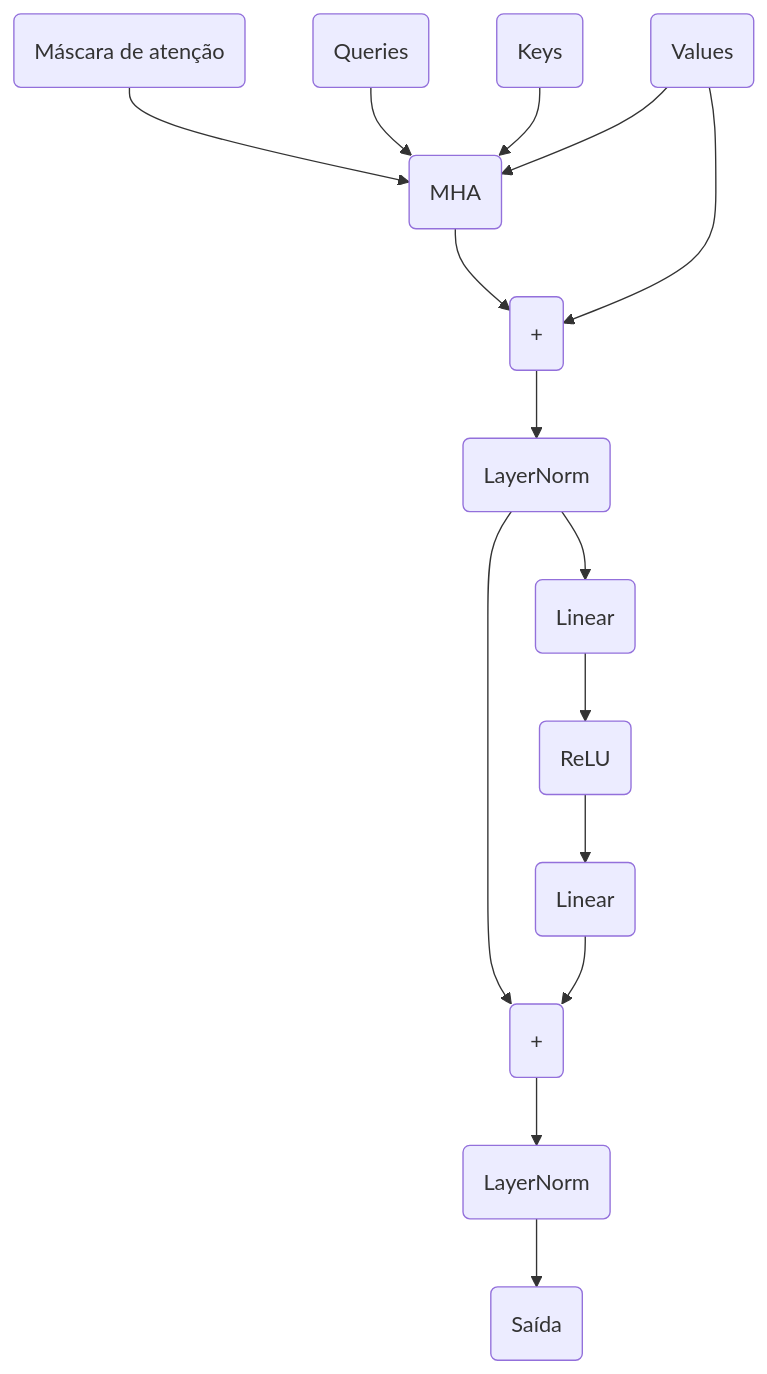
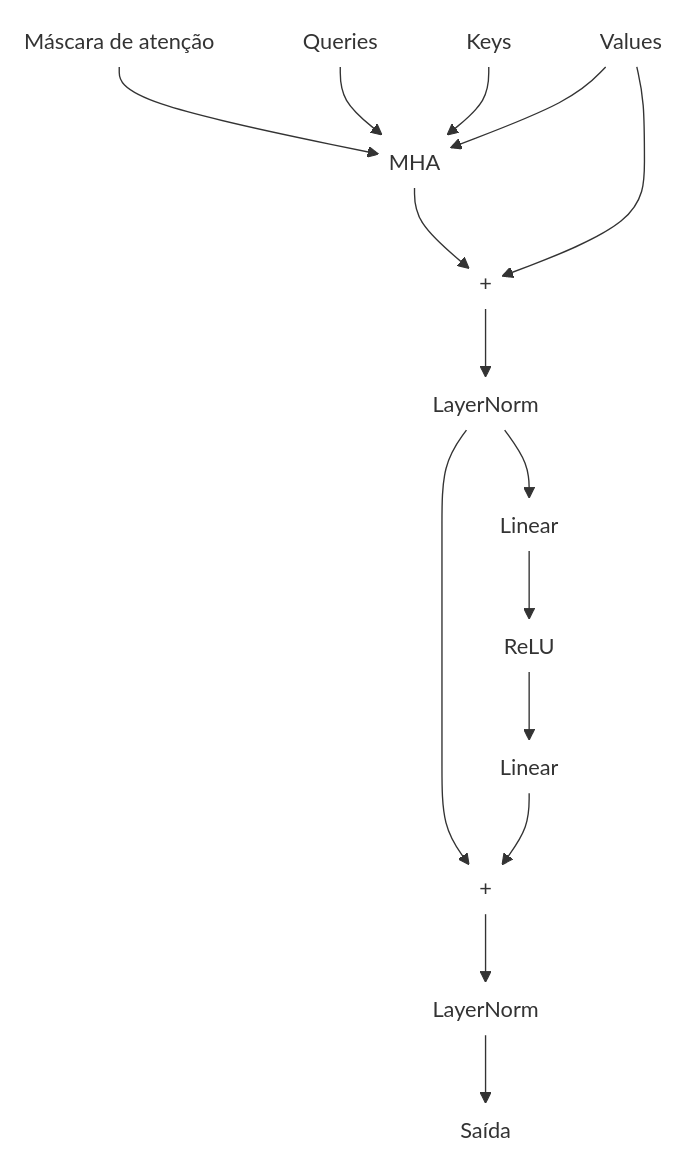
One commit to eshiraishi/eshiraishi.github.io changed the third of 7 diagrams in src/content/posts/transformers.md. Above: the diagram before and after it, drawn with Mermaid. The commit also changed other lines of this file and 3 other files, not shown here.

Commit message:
feat: remove borders from diagrams

````diff
--- a/src/content/posts/transformers.md
+++ b/src/content/posts/transformers.md
@@ -1516,30 +1513,30 @@
 ```mermaid
 flowchart
-    Key(Keys)
-    Mask(Máscara de atenção)    
-    Query(Queries)
-    Value(Values)
-    Sum1("`\+`")
-    Sum2("`\+`")
-    MHA(MHA)
-    LayerNorm1(LayerNorm)
-    LayerNorm2(LayerNorm)
-    Linear1(Linear)
-    Linear2(Linear)
-    ReLU(ReLU)
-    output(Saída)
+    Key@{ shape: text, label: "Keys" }
+    Mask@{ shape: text, label: "Máscara de atenção" }
+    Query@{ shape: text, label: "Queries" }
+    Value@{ shape: text, label: "Values" }
+    Sum1@{ shape: text, label: "&#43" }
+    Sum2@{ shape: text, label: "&#43" }
+    MHA@{ shape: text, label: "MHA" }
+    LayerNorm1@{ shape: text, label: "LayerNorm" }
+    LayerNorm2@{ shape: text, label: "LayerNorm" }
+    Linear1@{ shape: text, label: "Linear" }
+    Linear2@{ shape: text, label: "Linear" }
+    ReLU@{ shape: text, label: "ReLU" }
+    output@{ shape: text, label: "Saída" }
     Mask --> MHA
     Query --> MHA
     Key --> MHA
     Value --> MHA
     MHA --> Sum1
     Sum1 --> LayerNorm1
     LayerNorm1 --> Linear1
     Linear1 --> ReLU
     ReLU --> Linear2
     LayerNorm1 --> Sum2
     Linear2 --> Sum2
     Sum2 --> LayerNorm2
     LayerNorm2 --> output
     Value --> Sum1
 ```
````
